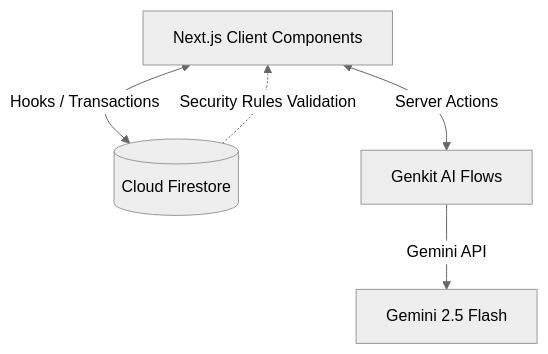
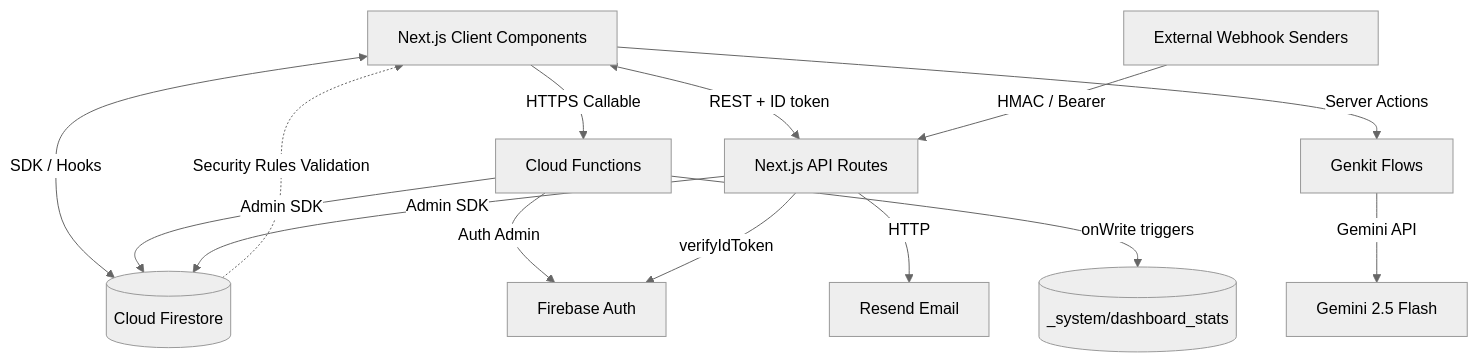
One commit to DesignupADM/Cuartio-Consultant-Center changed the diagram in architecture.md. Above: the diagram before and after it, drawn with Mermaid (neutral theme). The commit also changed other lines of this file, not shown here.

````diff
--- a/architecture.md
+++ b/architecture.md
@@ -17,7 +51,16 @@
 ```mermaid
 graph TD
-    Client[Next.js Client Components] <-->|Hooks / Transactions| Firestore[(Cloud Firestore)]
-    Client <-->|Server Actions| Genkit[Genkit AI Flows]
+    Client[Next.js Client Components] <-->|SDK / Hooks| Firestore[(Cloud Firestore)]
+    Client <-->|REST + ID token| API[Next.js API Routes]
+    Client -->|HTTPS Callable| CF[Cloud Functions]
+    CF -->|Admin SDK| Firestore
+    CF -->|Auth Admin| FA[Firebase Auth]
+    API -->|verifyIdToken| FA
+    API -->|Admin SDK| Firestore
+    API -->|HTTP| Resend[Resend Email]
+    Webhook[External Webhook Senders] -->|HMAC / Bearer| API
+    Client -->|Server Actions| Genkit[Genkit Flows]
     Genkit -->|Gemini API| Gemini[Gemini 2.5 Flash]
     Firestore -.->|Security Rules Validation| Client
+    CF -->|onWrite triggers| Stats[( _system/dashboard_stats )]
 ```
````
